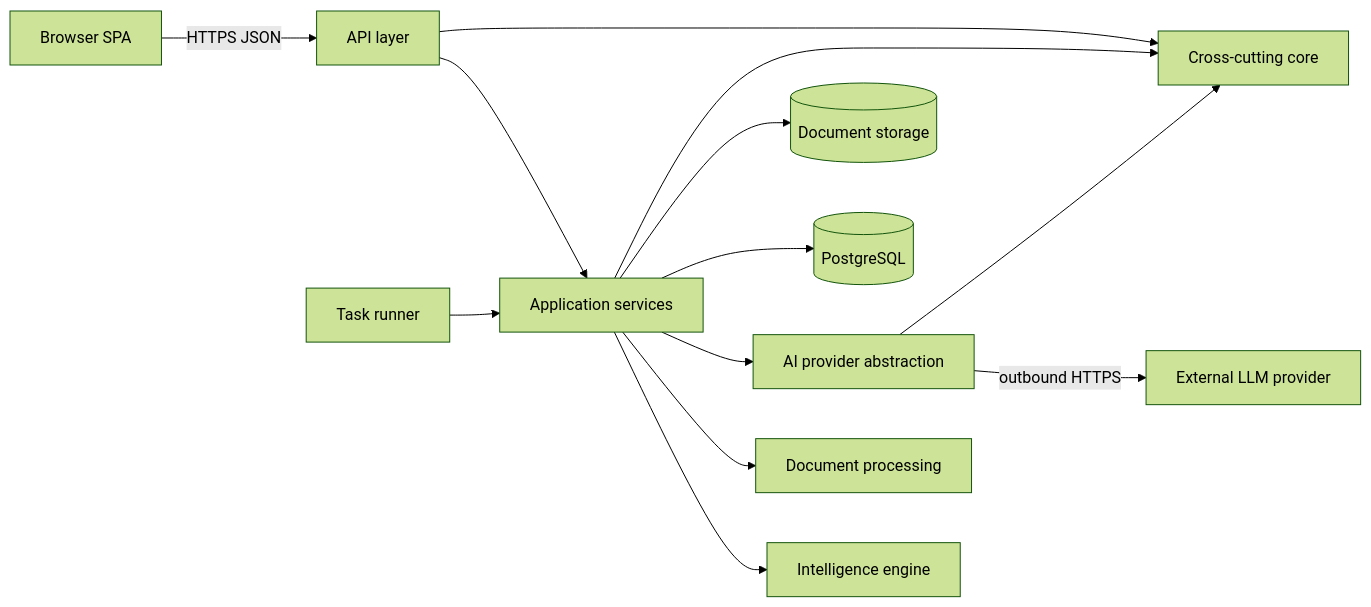
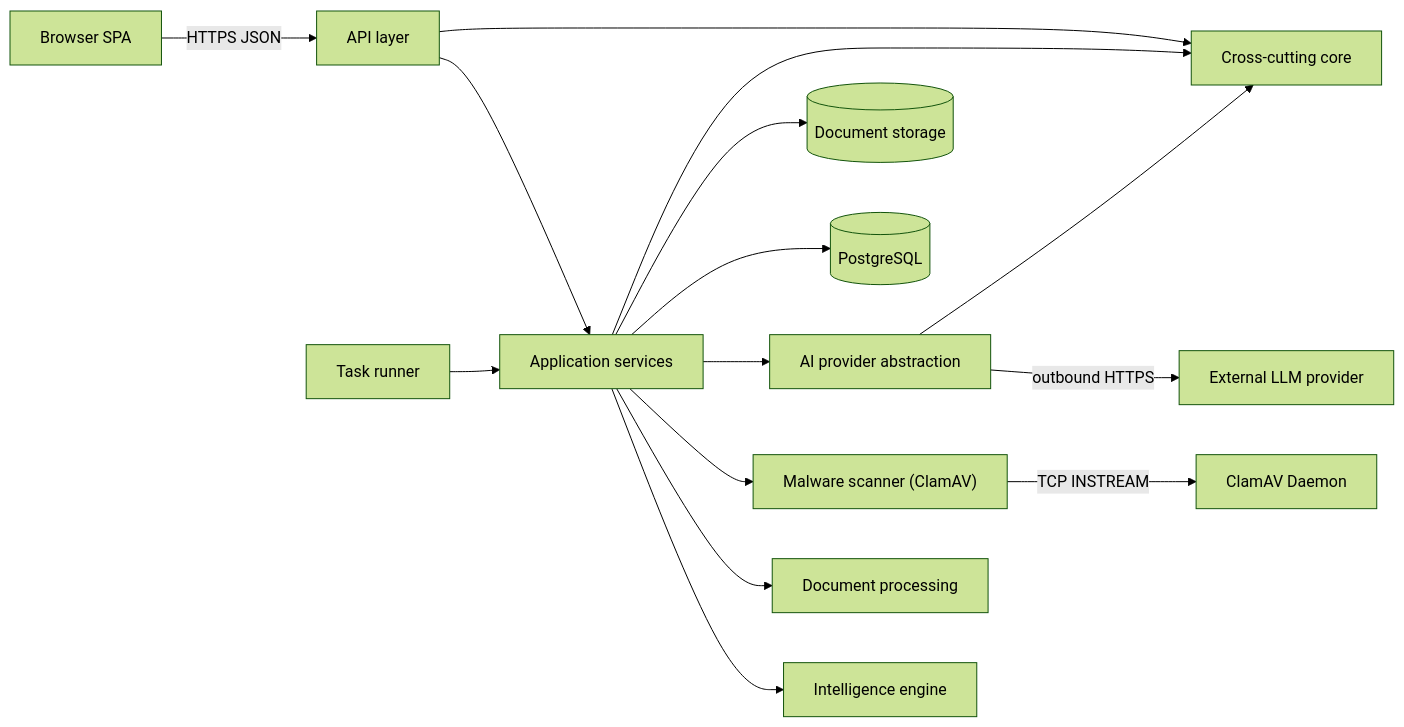
The first of 9 diagrams in docs/ARCHITECTURE.md (tdzoro/Potencia), drawn with Mermaid (forest theme) before and after one commit. The commit also changed other lines of this file and 11 other files, not shown here.

Commit message:
feat: add secure document processing pipeline with ClamAV malware scanning and storage hardening

````diff
--- a/docs/ARCHITECTURE.md
+++ b/docs/ARCHITECTURE.md
@@ -27,15 +27,17 @@
 ```mermaid
 flowchart LR
     B["Browser SPA"] -->|"HTTPS JSON"| API["API layer"]
     API --> SVC["Application services"]
     SVC --> INT["Intelligence engine"]
     SVC --> DOC["Document processing"]
+    SVC --> SCAN["Malware scanner (ClamAV)"]
     SVC --> AIL["AI provider abstraction"]
     AIL -->|"outbound HTTPS"| LLM["External LLM provider"]
+    SCAN -->|"TCP INSTREAM"| CLAMD["ClamAV Daemon"]
     SVC --> DB[("PostgreSQL")]
     SVC --> OBJ[("Document storage")]
     W["Task runner"] --> SVC
     AIL --> CORE["Cross-cutting core"]
     SVC --> CORE
     API --> CORE
 ```
````
